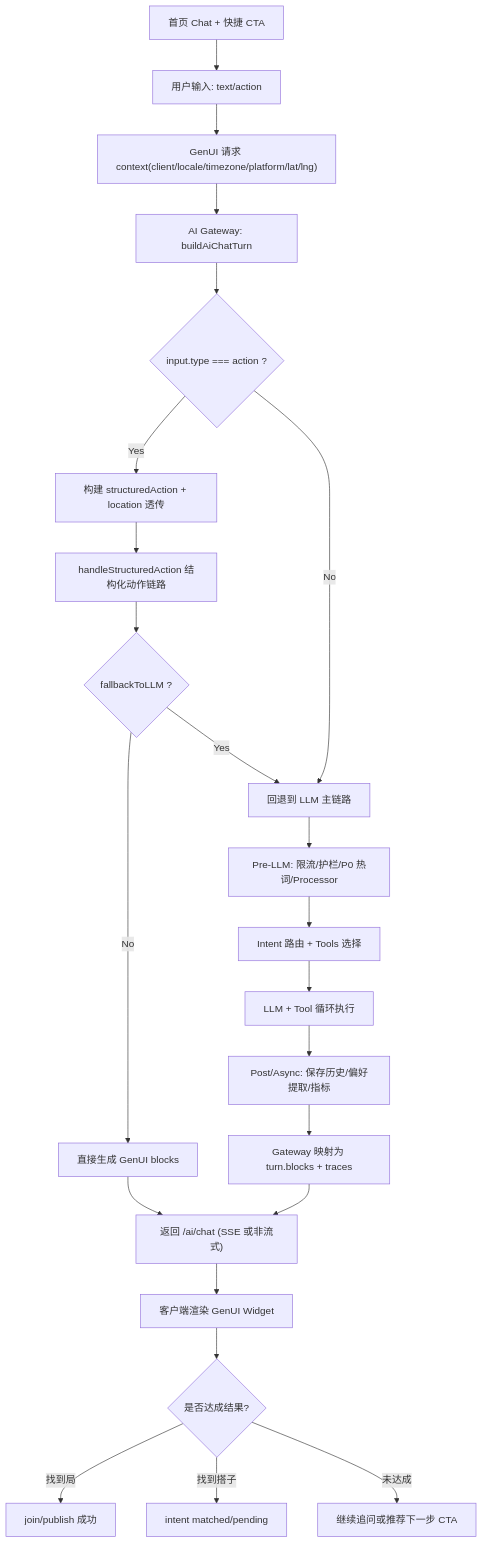
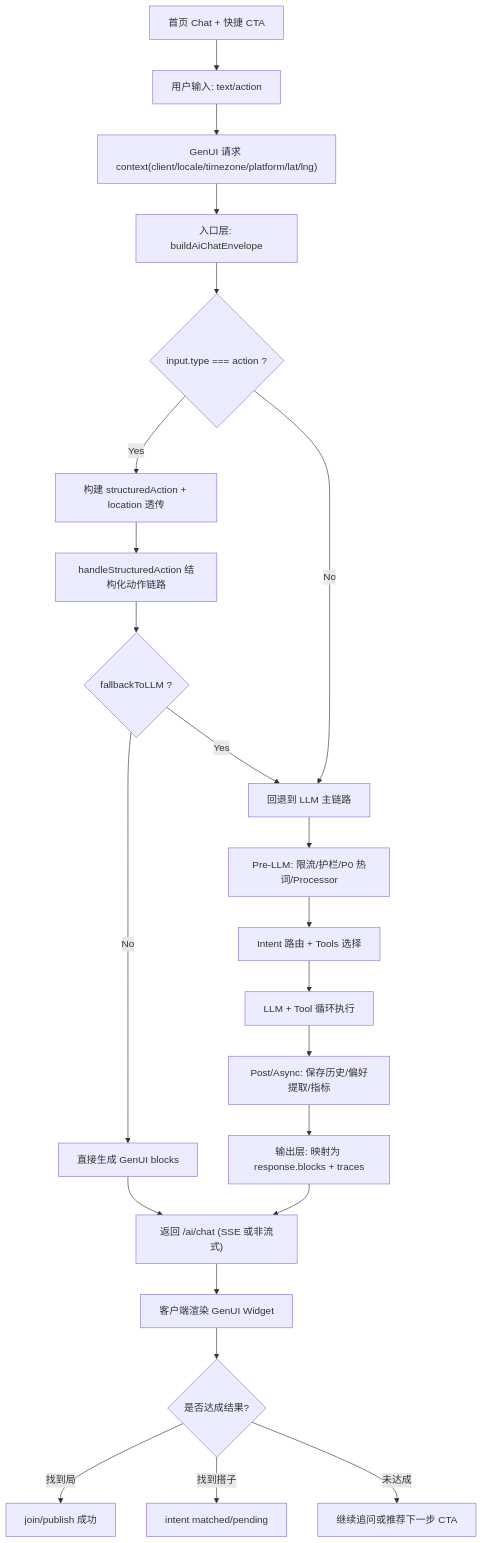
One commit to sylasxu/xu changed the first of 4 diagrams in docs/TAD.md. Above: the diagram before and after it, drawn with Mermaid. The commit also changed other lines of this file and 39 other files, not shown here.

````diff
--- a/docs/TAD.md
+++ b/docs/TAD.md
@@ -2134,29 +2107,29 @@
 ```mermaid
 flowchart TD
     A["首页 Chat + 快捷 CTA"] --> B["用户输入: text/action"]
     B --> C["GenUI 请求 context(client/locale/timezone/platform/lat/lng)"]
-    C --> D["AI Gateway: buildAiChatTurn"]
+    C --> D["入口层: buildAiChatEnvelope"]
 
     D --> E{"input.type === action ?"}
     E -->|Yes| F["构建 structuredAction + location 透传"]
     F --> G["handleStructuredAction 结构化动作链路"]
     G --> H{"fallbackToLLM ?"}
     H -->|No| I["直接生成 GenUI blocks"]
     H -->|Yes| J["回退到 LLM 主链路"]
 
     E -->|No| J
 
     J --> K["Pre-LLM: 限流/护栏/P0 热词/Processor"]
     K --> L["Intent 路由 + Tools 选择"]
     L --> M["LLM + Tool 循环执行"]
     M --> N["Post/Async: 保存历史/偏好提取/指标"]
-    N --> O["Gateway 映射为 turn.blocks + traces"]
+    N --> O["输出层: 映射为 response.blocks + traces"]
 
     I --> P["返回 /ai/chat (SSE 或非流式)"]
     O --> P
     P --> Q["客户端渲染 GenUI Widget"]
     Q --> R{"是否达成结果?"}
     R -->|找到局| S["join/publish 成功"]
     R -->|找到搭子| T["intent matched/pending"]
     R -->|未达成| U["继续追问或推荐下一步 CTA"]
 ```
````
